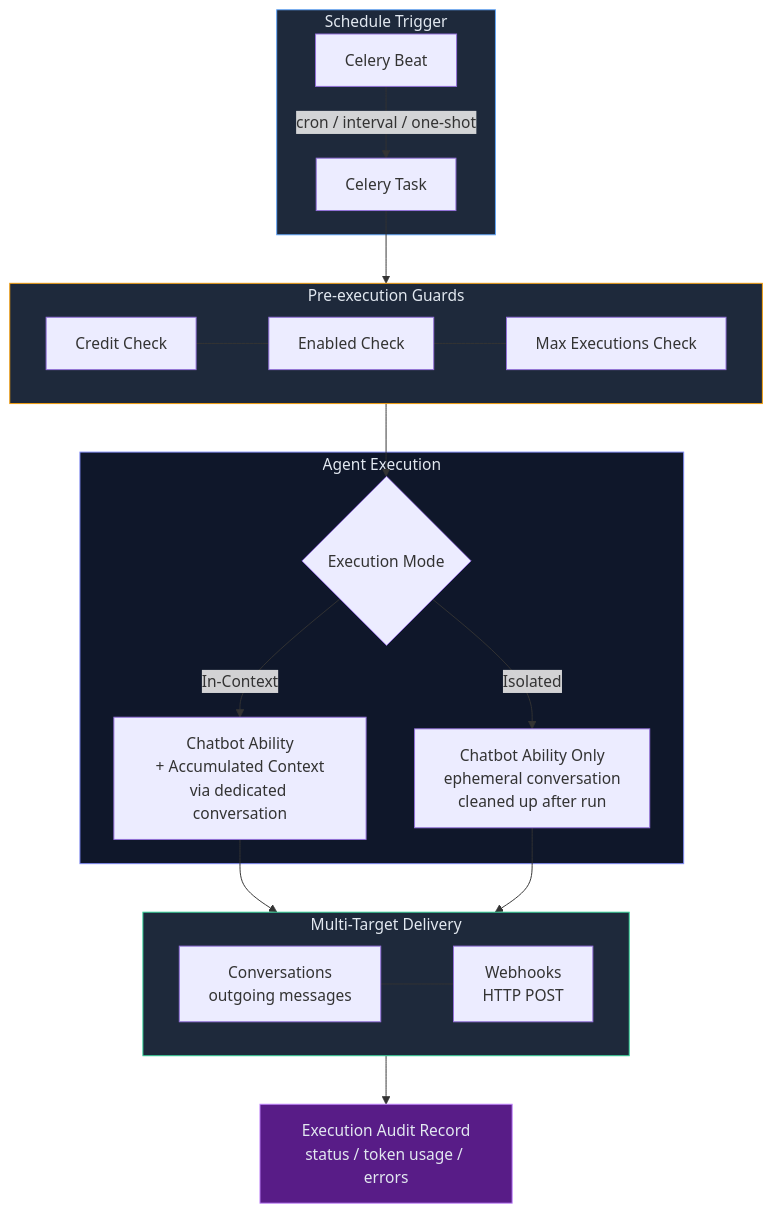
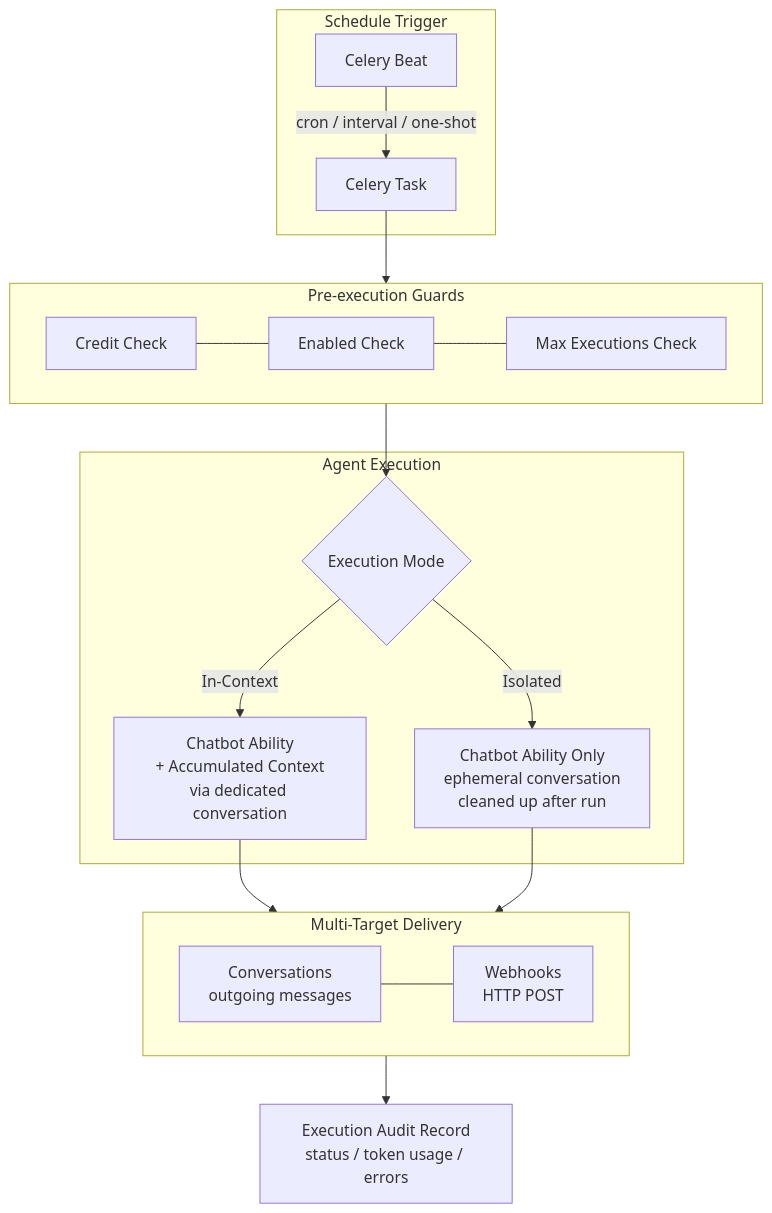
Before and after one commit to rst0070/rst0070.github.io: the fourth of 7 diagrams in src/portfolio/portfolio.md, drawn with Mermaid. The commit also changed other lines of this file, not shown here.

Commit message:
fix mermaid style for light mode

````diff
--- a/src/portfolio/portfolio.md
+++ b/src/portfolio/portfolio.md
@@ -340,36 +330,30 @@
     ```mermaid
     flowchart TD
         subgraph Trigger["Schedule Trigger"]
             CB[Celery Beat] -->|cron / interval / one-shot| Task[Celery Task]
         end
 
         Task --> Guards
 
         subgraph Guards["Pre-execution Guards"]
             direction LR
             CK[Credit Check] --- EN[Enabled Check] --- MX[Max Executions Check]
         end
 
         Guards --> Mode{Execution Mode}
 
         subgraph Execution["Agent Execution"]
             Mode -->|In-Context| IC[Chatbot Ability\n+ Accumulated Context\nvia dedicated conversation]
             Mode -->|Isolated| IS[Chatbot Ability Only\nephemeral conversation\ncleaned up after run]
         end
 
         IC --> Delivery
         IS --> Delivery
 
         subgraph Delivery["Multi-Target Delivery"]
             direction LR
             CV[Conversations\noutgoing messages] --- WH[Webhooks\nHTTP POST]
         end
 
         Delivery --> Audit[Execution Audit Record\nstatus / token usage / errors]
-
-        style Trigger fill:#1e293b,stroke:#60a5fa,color:#e2e8f0
-        style Guards fill:#1e293b,stroke:#f59e0b,color:#e2e8f0
-        style Execution fill:#0f172a,stroke:#818cf8,color:#e2e8f0
-        style Delivery fill:#1e293b,stroke:#34d399,color:#e2e8f0
-        style Audit fill:#581c87,stroke:#c084fc,color:#e2e8f0
     ```
````
